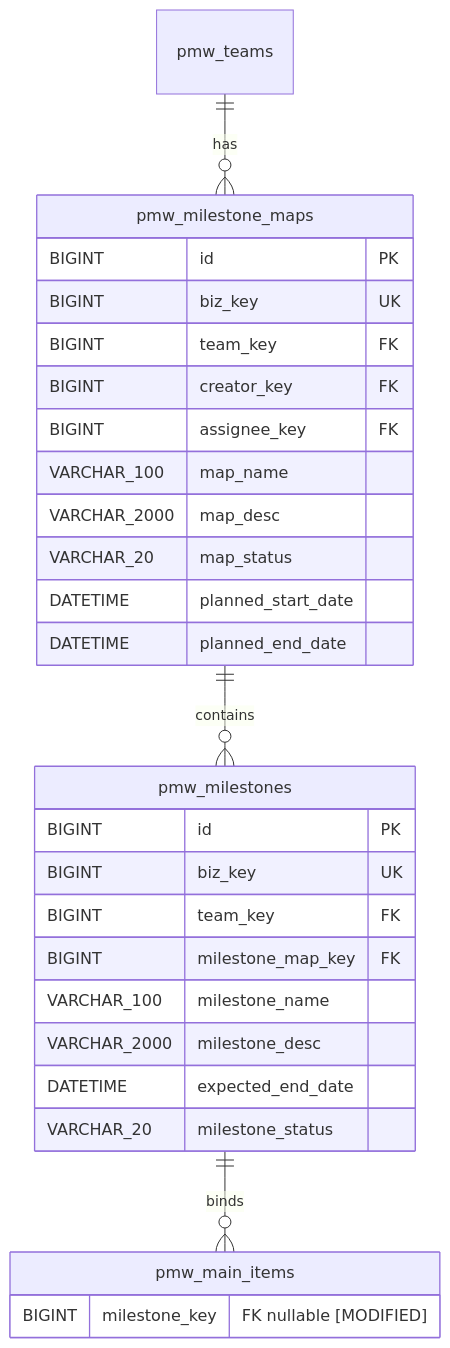
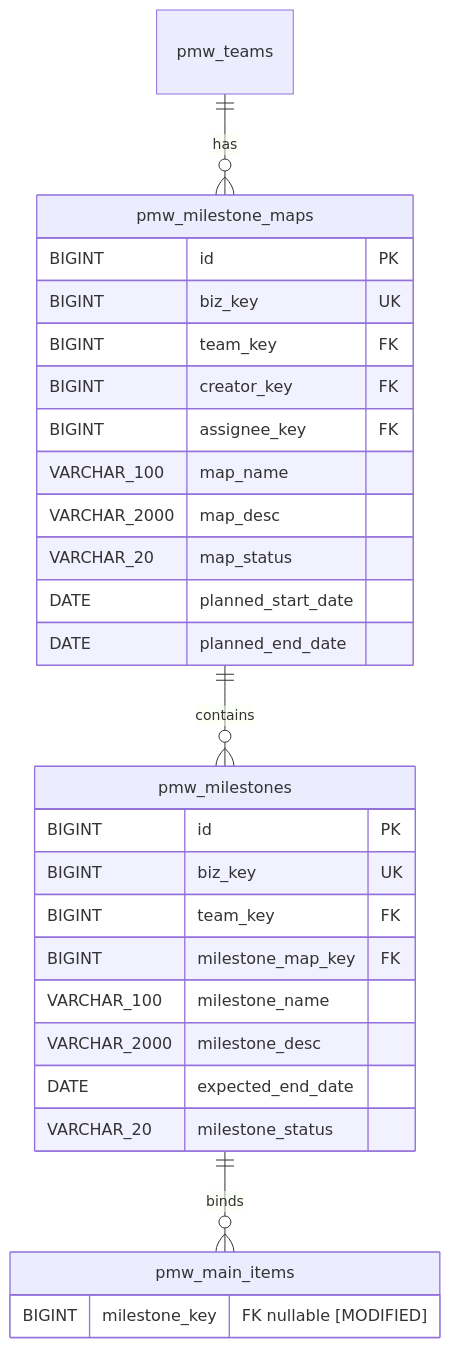
One commit to bigfaner/pm-work-tracker changed the diagram in docs/features/milestone-map/design/er-diagram.md. Above: the diagram before and after it, drawn with Mermaid. The commit also changed other lines of this file and 11 other files, not shown here.

````diff
--- a/docs/features/milestone-map/design/er-diagram.md
+++ b/docs/features/milestone-map/design/er-diagram.md
@@ -10,34 +10,34 @@
 ```mermaid
 erDiagram
     pmw_teams ||--o{ pmw_milestone_maps : "has"
     pmw_milestone_maps ||--o{ pmw_milestones : "contains"
     pmw_milestones ||--o{ pmw_main_items : "binds"
 
     pmw_milestone_maps {
         BIGINT id PK
         BIGINT biz_key UK
         BIGINT team_key FK
         BIGINT creator_key FK
         BIGINT assignee_key FK
         VARCHAR_100 map_name
         VARCHAR_2000 map_desc
         VARCHAR_20 map_status
-        DATETIME planned_start_date
-        DATETIME planned_end_date
+        DATE planned_start_date
+        DATE planned_end_date
     }
 
     pmw_milestones {
         BIGINT id PK
         BIGINT biz_key UK
         BIGINT team_key FK
         BIGINT milestone_map_key FK
         VARCHAR_100 milestone_name
         VARCHAR_2000 milestone_desc
-        DATETIME expected_end_date
+        DATE expected_end_date
         VARCHAR_20 milestone_status
     }
 
     pmw_main_items {
         BIGINT milestone_key "FK nullable [MODIFIED]"
     }
 ```
````
